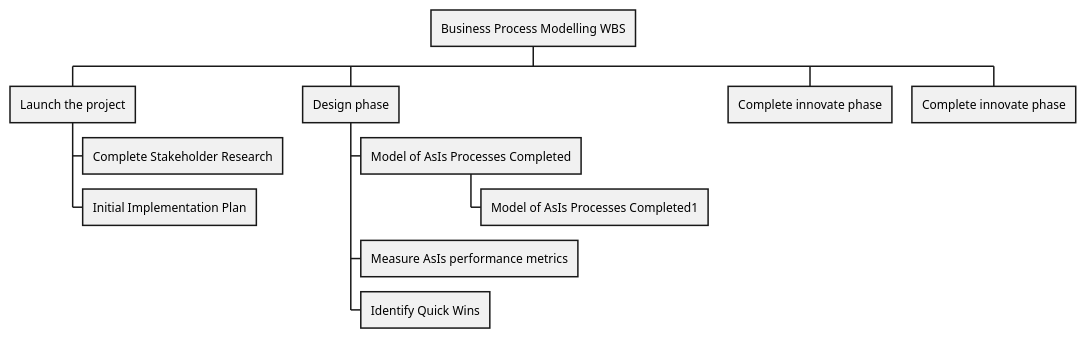
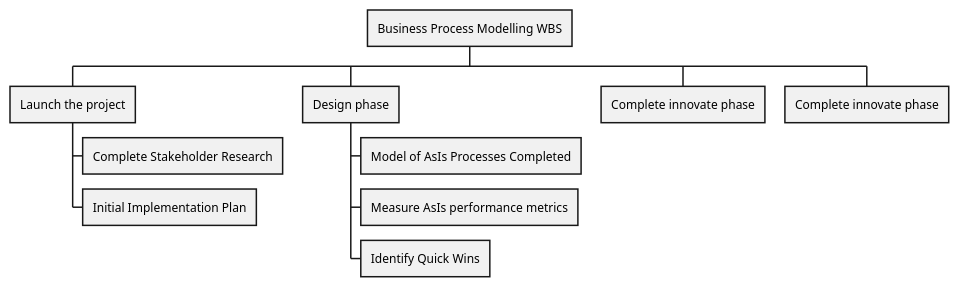
One commit to badeand/documatic changed the diagram in doc/wbs1.puml. Above: the diagram before and after it, drawn with PlantUML. The commit also changed 16 other files, not shown here.

```diff
--- a/doc/wbs1.puml
+++ b/doc/wbs1.puml
@@ -1,18 +1,17 @@
 @startwbs
 'https://plantuml.com/wbs-diagram
 
 * Business Process Modelling WBS
 ** Launch the project
 *** Complete Stakeholder Research
 *** Initial Implementation Plan
 ** Design phase
 *** Model of AsIs Processes Completed
-**** Model of AsIs Processes Completed1
 
 *** Measure AsIs performance metrics
 *** Identify Quick Wins
 ** Complete innovate phase
 ** Complete innovate phase
 
 
 @endwbs
```
